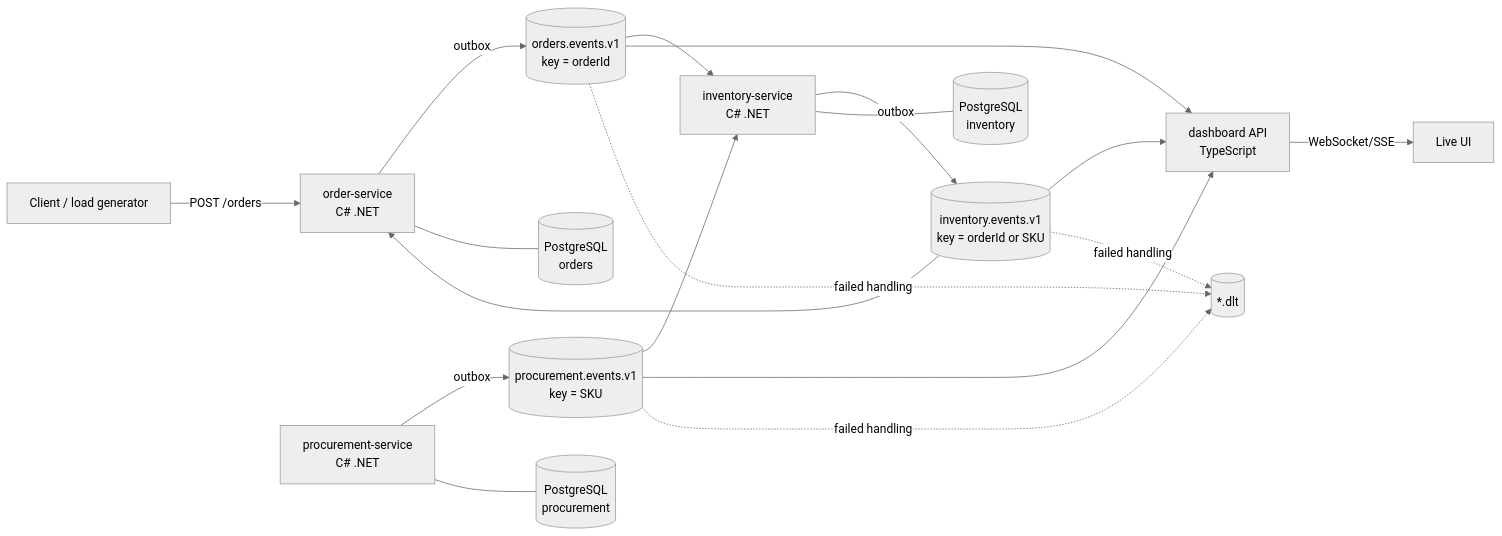
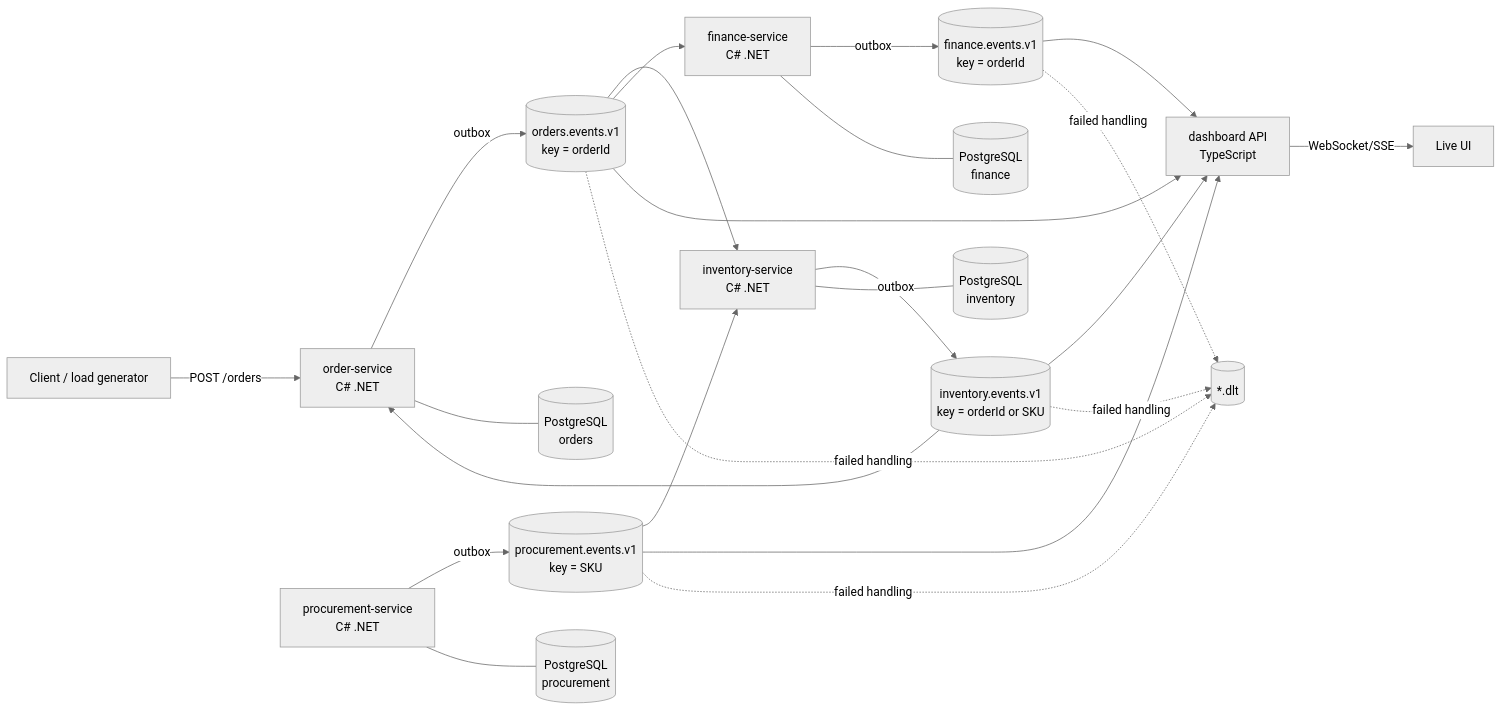
One commit to developer-az/logos changed the diagram in docs/architecture.md. Above: the diagram before and after it, drawn with Mermaid (neutral theme). The commit also changed other lines of this file and 49 other files, not shown here.

First line of the commit message:
Make finance a real service, so the ledger is event-sourced too

````diff
--- a/docs/architecture.md
+++ b/docs/architecture.md
@@ -5,20 +5,25 @@
 ```mermaid
 flowchart LR
   C[Client / load generator] -- POST /orders --> O[order-service<br/>C# .NET]
   O -- outbox --> OT[(orders.events.v1<br/>key = orderId)]
   OT --> I[inventory-service<br/>C# .NET]
   I -- outbox --> IT[(inventory.events.v1<br/>key = orderId or SKU)]
   IT --> O
   P[procurement-service<br/>C# .NET] -- outbox --> PT[(procurement.events.v1<br/>key = SKU)]
   PT --> I
+  F[finance-service<br/>C# .NET] -- outbox --> FT[(finance.events.v1<br/>key = orderId)]
+  OT --> F
   O --- OP[(PostgreSQL<br/>orders)]
   I --- IP[(PostgreSQL<br/>inventory)]
   P --- PP[(PostgreSQL<br/>procurement)]
+  F --- FP[(PostgreSQL<br/>finance)]
   OT --> D[dashboard API<br/>TypeScript]
   IT --> D
   PT --> D
+  FT --> D
   D -- WebSocket/SSE --> UI[Live UI]
   OT -. failed handling .-> DLT[(*.dlt)]
   IT -. failed handling .-> DLT
   PT -. failed handling .-> DLT
+  FT -. failed handling .-> DLT
 ```
````
